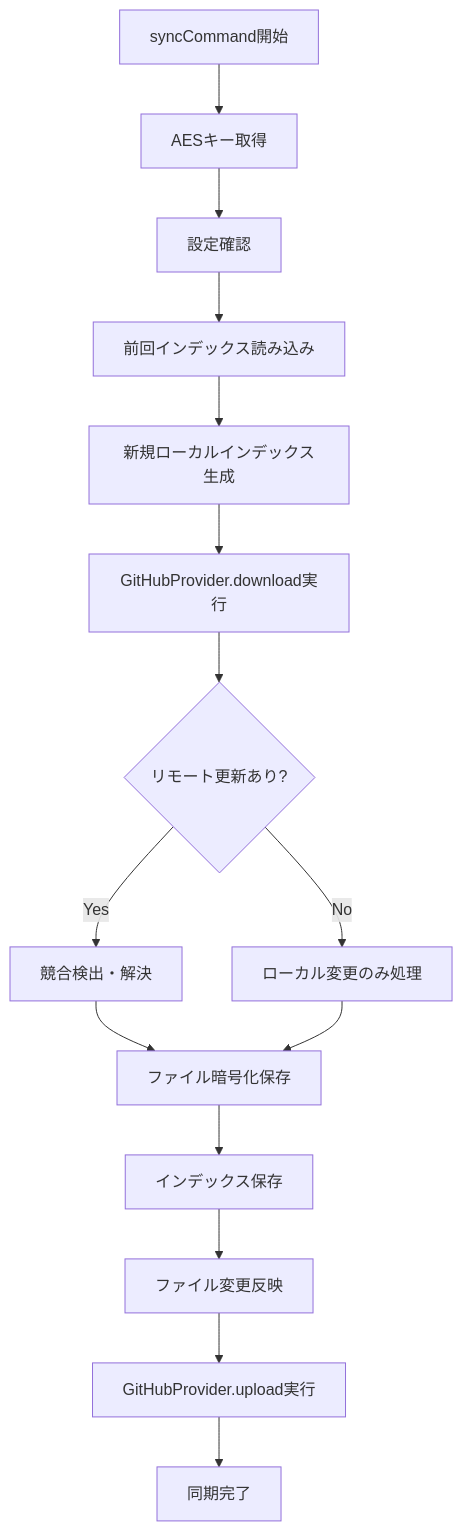
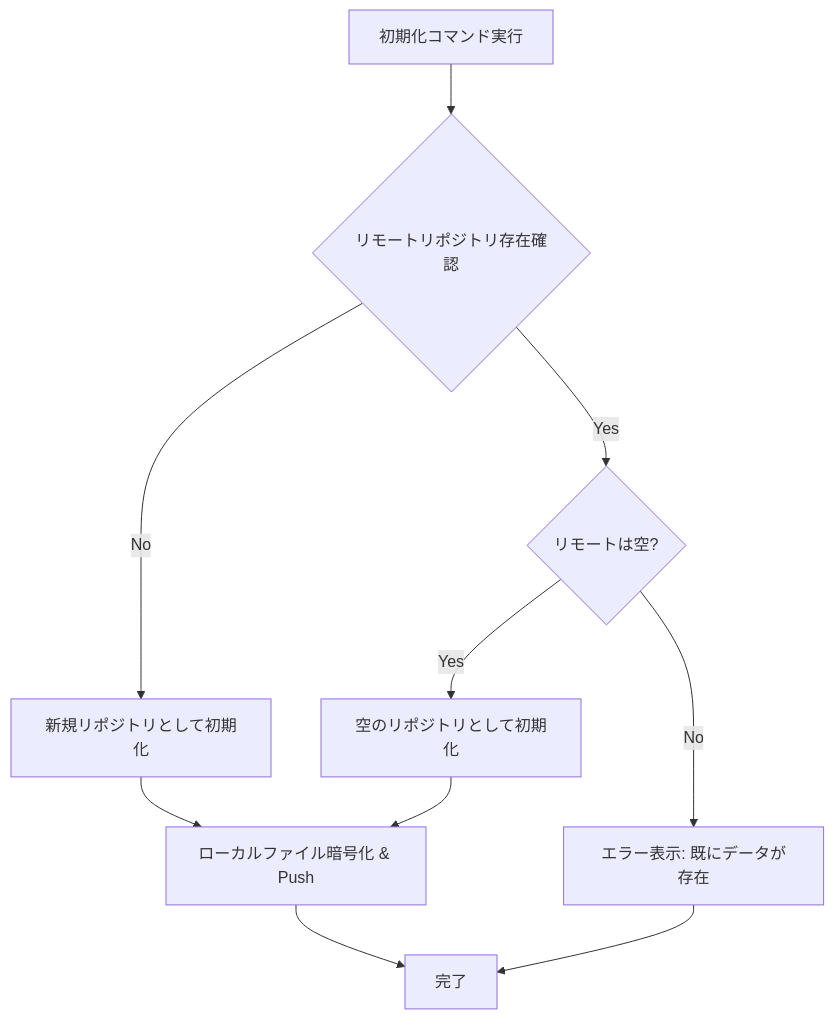
Before and after one commit to masahide/SecureNotesSyncVSCodeExt: the first of 2 diagrams in src/sync-process-detailed-analysis.md, drawn with Mermaid. The commit also changed other lines of this file and 5 other files, not shown here.

````diff
--- a/src/sync-process-detailed-analysis.md
+++ b/src/sync-process-detailed-analysis.md
@@ -21,17 +23,13 @@
 ```mermaid
 graph TD
-    A[syncCommand開始] --> B[AESキー取得]
-    B --> C[設定確認]
-    C --> D[前回インデックス読み込み]
-    D --> E[新規ローカルインデックス生成]
-    E --> F[GitHubProvider.download実行]
-    F --> G{リモート更新あり?}
-    G -->|Yes| H[競合検出・解決]
-    G -->|No| I[ローカル変更のみ処理]
-    H --> J[ファイル暗号化保存]
-    I --> J
-    J --> K[インデックス保存]
-    K --> L[ファイル変更反映]
-    L --> M[GitHubProvider.upload実行]
-    M --> N[同期完了]
+    A[初期化コマンド実行] --> B{リモートリポジトリ存在確認};
+    B -->|No| C[新規リポジトリとして初期化];
+    B -->|Yes| D{リモートは空?};
+    D -->|Yes| E[空のリポジトリとして初期化];
+    D -->|No| F[エラー表示: 既にデータが存在];
+
+    C --> G[ローカルファイル暗号化 & Push];
+    E --> G;
+    G --> H[完了];
+    F --> H;
 ```
````
